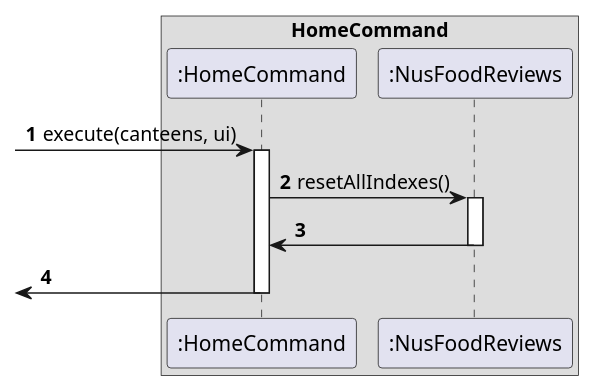
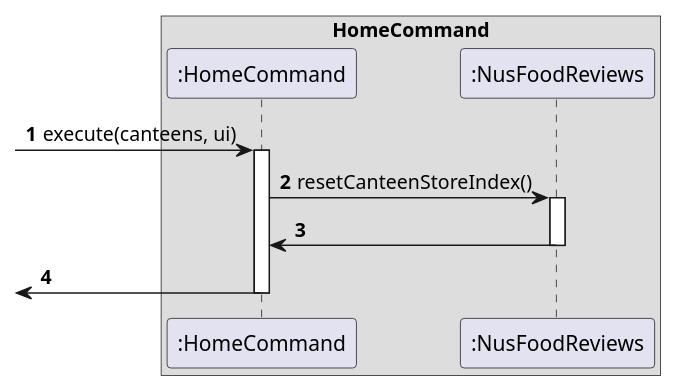
One commit to nus-cs2113-AY2021S2/tp changed the diagram in docs/PlantUML/HomeCommand.puml. Above: the diagram before and after it, drawn with PlantUML. The commit also changed 6 other files, not shown here.

```diff
--- a/docs/PlantUML/HomeCommand.puml
+++ b/docs/PlantUML/HomeCommand.puml
@@ -1,17 +1,17 @@
 @startuml
 'https://plantuml.com/sequence-diagram
 
 autonumber
 box HomeCommand
 
 -> ":HomeCommand" : execute(canteens, ui)
 activate ":HomeCommand"
 
-":HomeCommand" -> ":NusFoodReviews" : resetAllIndexes()
+":HomeCommand" -> ":NusFoodReviews" : resetCanteenStoreIndex()
 activate ":NusFoodReviews"
 ":NusFoodReviews" -> ":HomeCommand"
 deactivate ":NusFoodReviews"
 
 <- ":HomeCommand"
 deactivate ":HomeCommand"
 @enduml
```
